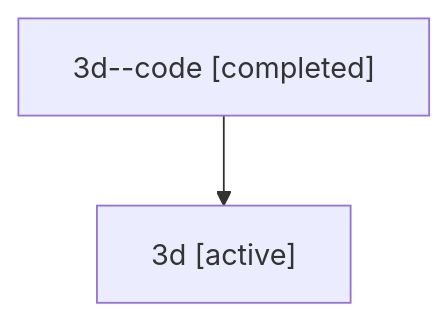
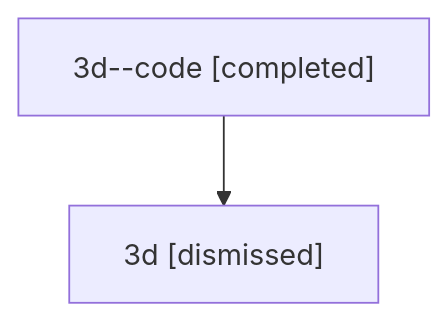
One commit to sase-org/sase--agents changed the diagram in sessions/bbugyi200.athena.3d.md. Above: the diagram before and after it, drawn with Mermaid. The commit also changed other lines of this file and 28 other files, not shown here.

````diff
--- a/sessions/bbugyi200.athena.3d.md
+++ b/sessions/bbugyi200.athena.3d.md
@@ -9,6 +9,6 @@
 ```mermaid
 flowchart TD
   n0["3d--code [completed]"]
-  n1["3d [active]"]
+  n1["3d [dismissed]"]
   n0 --> n1
 ```
````
